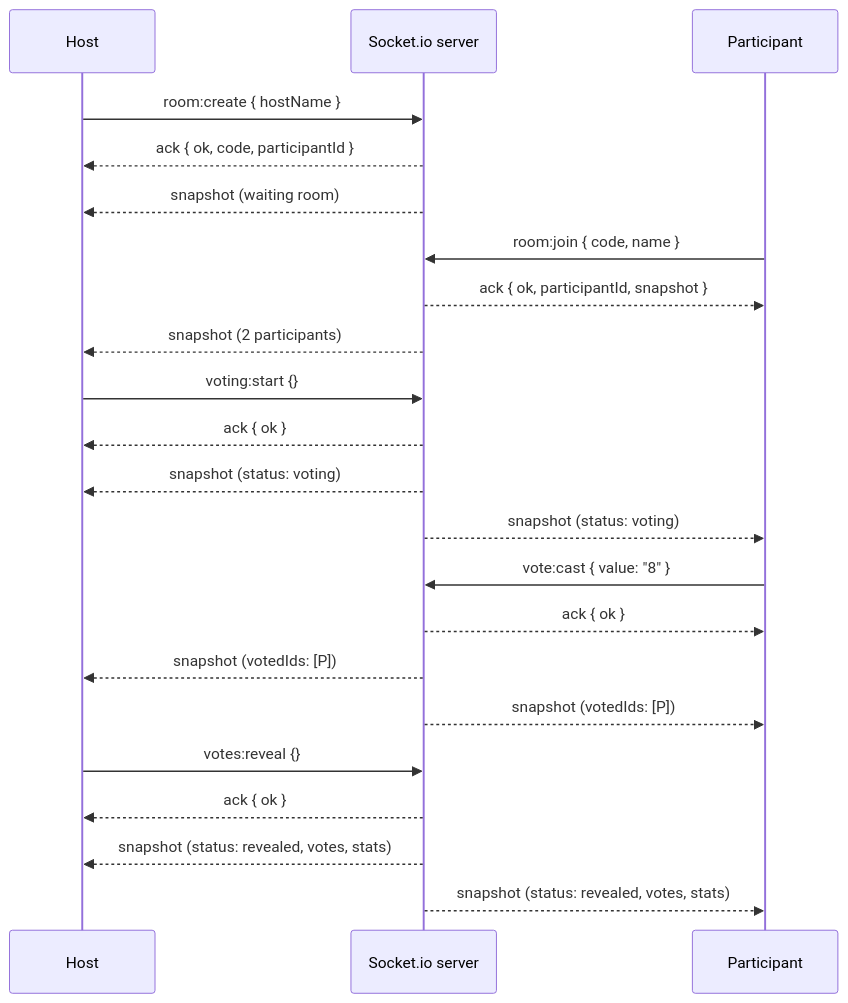
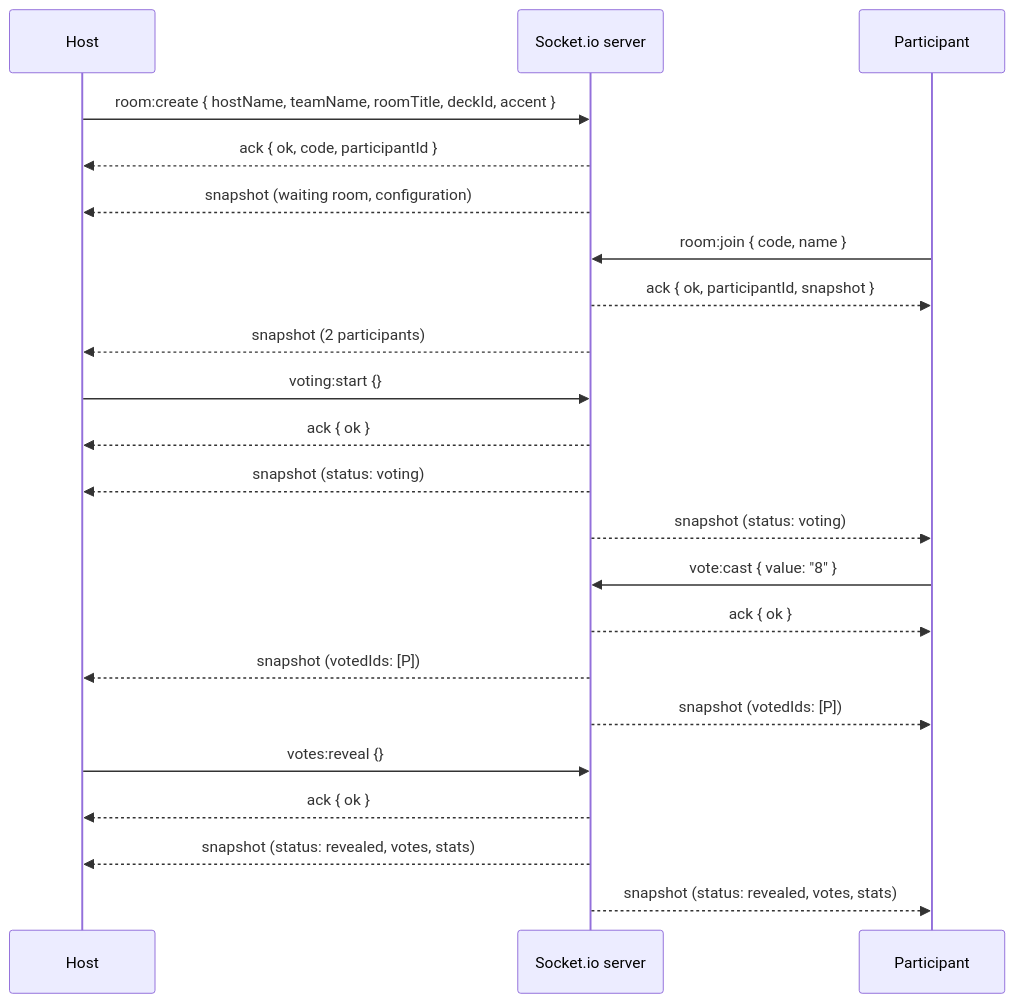
Before and after one commit to Vishalg7674/planning-poker: the third of 3 diagrams in docs/ARCHITECTURE.md, drawn with Mermaid. The commit also changed other lines of this file and 241 other files, not shown here.

````diff
--- a/docs/ARCHITECTURE.md
+++ b/docs/ARCHITECTURE.md
@@ -76,28 +115,28 @@
 ```mermaid
 sequenceDiagram
     participant H as Host
     participant S as Socket.io server
     participant P as Participant
 
-    H->>S: room:create { hostName }
+    H->>S: room:create { hostName, teamName, roomTitle, deckId, accent }
     S-->>H: ack { ok, code, participantId }
-    S-->>H: snapshot (waiting room)
+    S-->>H: snapshot (waiting room, configuration)
     P->>S: room:join { code, name }
     S-->>P: ack { ok, participantId, snapshot }
     S-->>H: snapshot (2 participants)
 
     H->>S: voting:start {}
     S-->>H: ack { ok }
     S-->>H: snapshot (status: voting)
     S-->>P: snapshot (status: voting)
 
     P->>S: vote:cast { value: "8" }
     S-->>P: ack { ok }
     S-->>H: snapshot (votedIds: [P])
     S-->>P: snapshot (votedIds: [P])
 
     H->>S: votes:reveal {}
     S-->>H: ack { ok }
     S-->>H: snapshot (status: revealed, votes, stats)
     S-->>P: snapshot (status: revealed, votes, stats)
 ```
````
